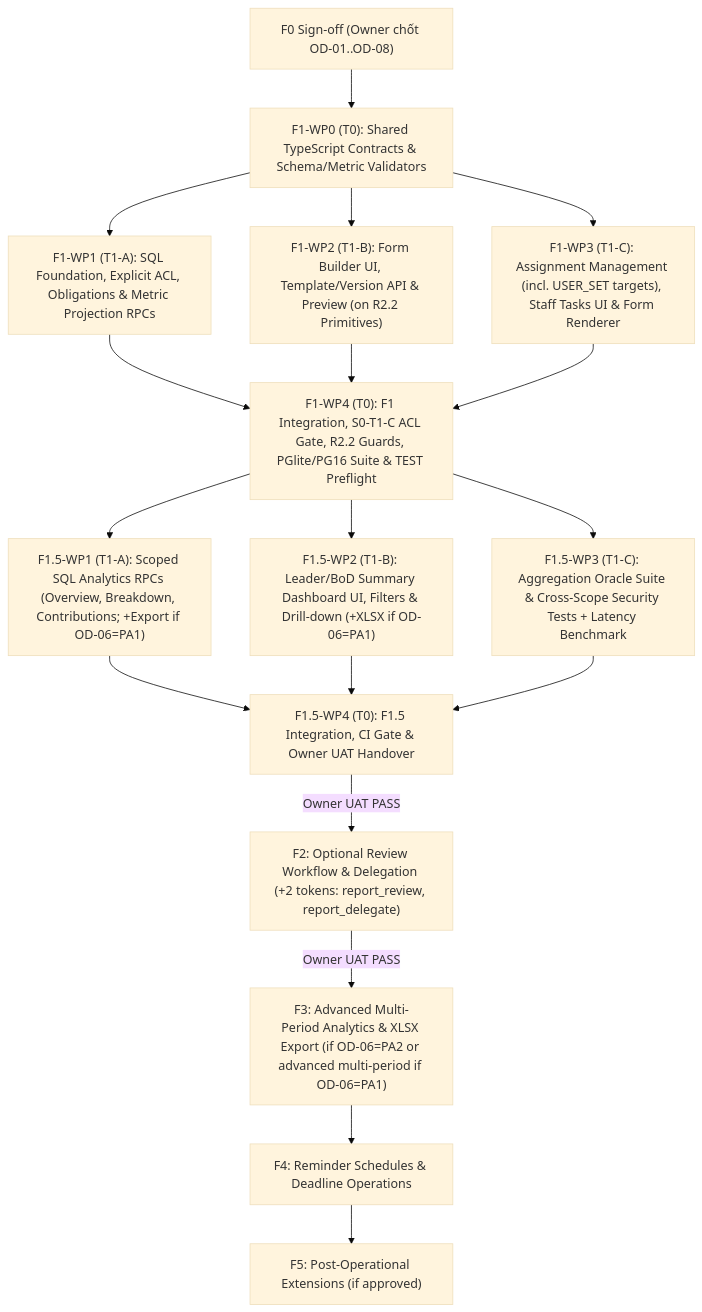
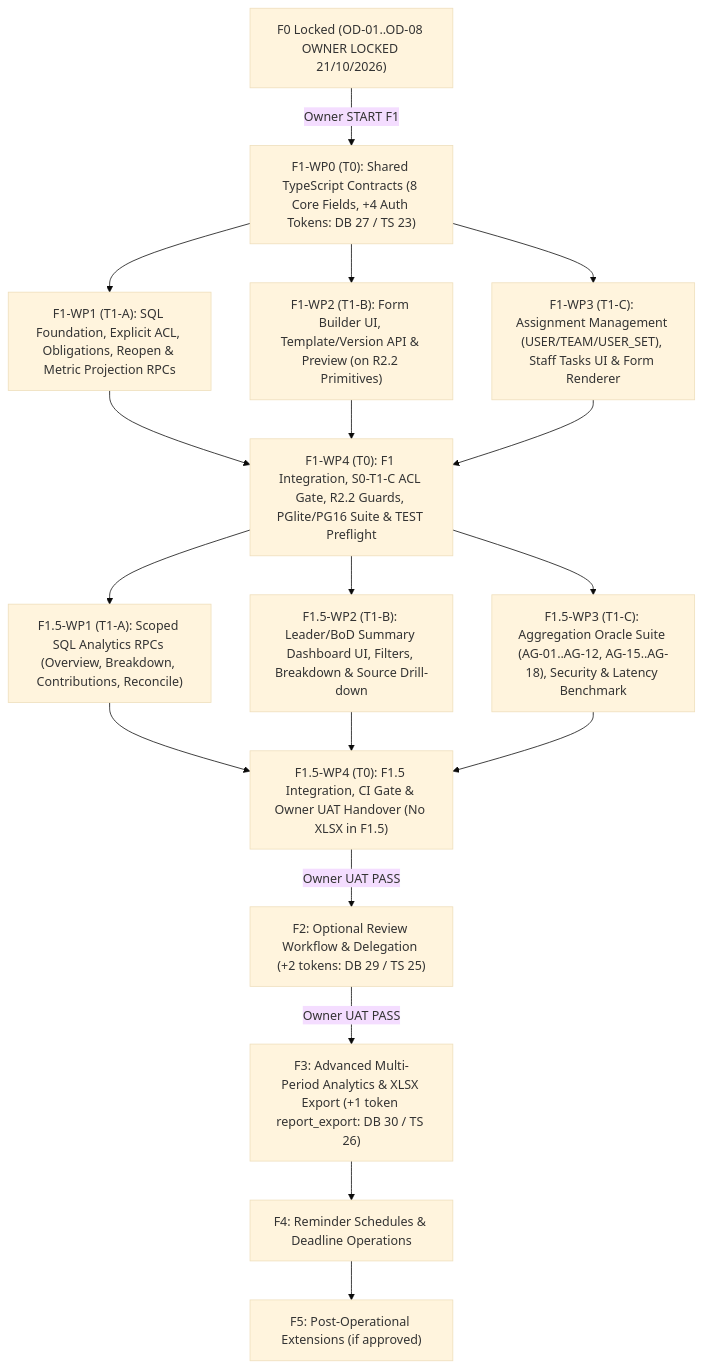
The diagram in docs/work-reports/F0-execution-roadmap.md (nobita6986/mini-bi), drawn with Mermaid (base theme) before and after one commit. The commit also changed other lines of this file and 5 other files, not shown here.

````diff
--- a/docs/work-reports/F0-execution-roadmap.md
+++ b/docs/work-reports/F0-execution-roadmap.md
@@ -12,20 +13,20 @@
 ```mermaid
 flowchart TD
-    F0["F0 Sign-off (Owner chốt OD-01..OD-08)"] --> F1_WP0["F1-WP0 (T0): Shared TypeScript Contracts & Schema/Metric Validators"]
-    F1_WP0 --> F1_WP1["F1-WP1 (T1-A): SQL Foundation, Explicit ACL, Obligations & Metric Projection RPCs"]
+    F0["F0 Locked (OD-01..OD-08 OWNER LOCKED 21/10/2026)"] -->|"Owner START F1"| F1_WP0["F1-WP0 (T0): Shared TypeScript Contracts (8 Core Fields, +4 Auth Tokens: DB 27 / TS 23)"]
+    F1_WP0 --> F1_WP1["F1-WP1 (T1-A): SQL Foundation, Explicit ACL, Obligations, Reopen & Metric Projection RPCs"]
     F1_WP0 --> F1_WP2["F1-WP2 (T1-B): Form Builder UI, Template/Version API & Preview (on R2.2 Primitives)"]
-    F1_WP0 --> F1_WP3["F1-WP3 (T1-C): Assignment Management (incl. USER_SET targets), Staff Tasks UI & Form Renderer"]
+    F1_WP0 --> F1_WP3["F1-WP3 (T1-C): Assignment Management (USER/TEAM/USER_SET), Staff Tasks UI & Form Renderer"]
     F1_WP1 --> F1_WP4["F1-WP4 (T0): F1 Integration, S0-T1-C ACL Gate, R2.2 Guards, PGlite/PG16 Suite & TEST Preflight"]
     F1_WP2 --> F1_WP4
     F1_WP3 --> F1_WP4
-    F1_WP4 --> F15_WP1["F1.5-WP1 (T1-A): Scoped SQL Analytics RPCs (Overview, Breakdown, Contributions; +Export if OD-06=PA1)"]
-    F1_WP4 --> F15_WP2["F1.5-WP2 (T1-B): Leader/BoD Summary Dashboard UI, Filters & Drill-down (+XLSX if OD-06=PA1)"]
-    F1_WP4 --> F15_WP3["F1.5-WP3 (T1-C): Aggregation Oracle Suite & Cross-Scope Security Tests + Latency Benchmark"]
-    F15_WP1 --> F15_WP4["F1.5-WP4 (T0): F1.5 Integration, CI Gate & Owner UAT Handover"]
+    F1_WP4 --> F15_WP1["F1.5-WP1 (T1-A): Scoped SQL Analytics RPCs (Overview, Breakdown, Contributions, Reconcile)"]
+    F1_WP4 --> F15_WP2["F1.5-WP2 (T1-B): Leader/BoD Summary Dashboard UI, Filters, Breakdown & Source Drill-down"]
+    F1_WP4 --> F15_WP3["F1.5-WP3 (T1-C): Aggregation Oracle Suite (AG-01..AG-12, AG-15..AG-18), Security & Latency Benchmark"]
+    F15_WP1 --> F15_WP4["F1.5-WP4 (T0): F1.5 Integration, CI Gate & Owner UAT Handover (No XLSX in F1.5)"]
     F15_WP2 --> F15_WP4
     F15_WP3 --> F15_WP4
-    F15_WP4 -->|"Owner UAT PASS"| F2["F2: Optional Review Workflow & Delegation (+2 tokens: report_review, report_delegate)"]
-    F2 -->|"Owner UAT PASS"| F3["F3: Advanced Multi-Period Analytics & XLSX Export (if OD-06=PA2 or advanced multi-period if OD-06=PA1)"]
+    F15_WP4 -->|"Owner UAT PASS"| F2["F2: Optional Review Workflow & Delegation (+2 tokens: DB 29 / TS 25)"]
+    F2 -->|"Owner UAT PASS"| F3["F3: Advanced Multi-Period Analytics & XLSX Export (+1 token report_export: DB 30 / TS 26)"]
     F3 --> F4["F4: Reminder Schedules & Deadline Operations"]
     F4 --> F5["F5: Post-Operational Extensions (if approved)"]
 ```
````
